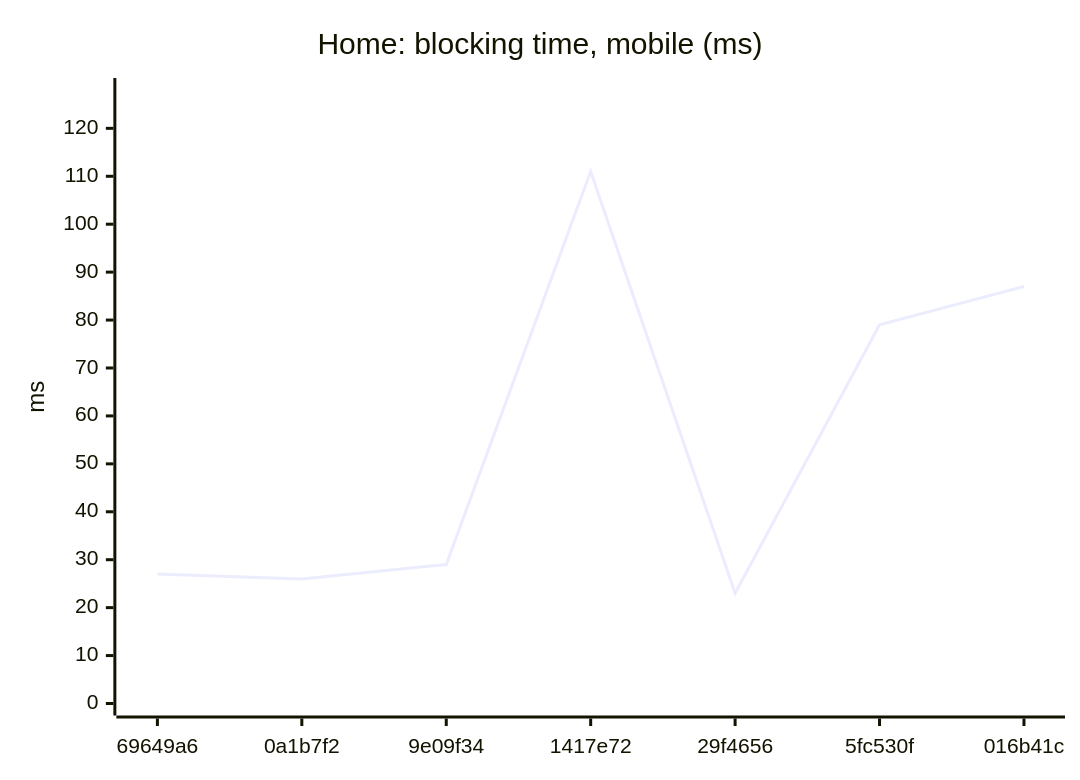
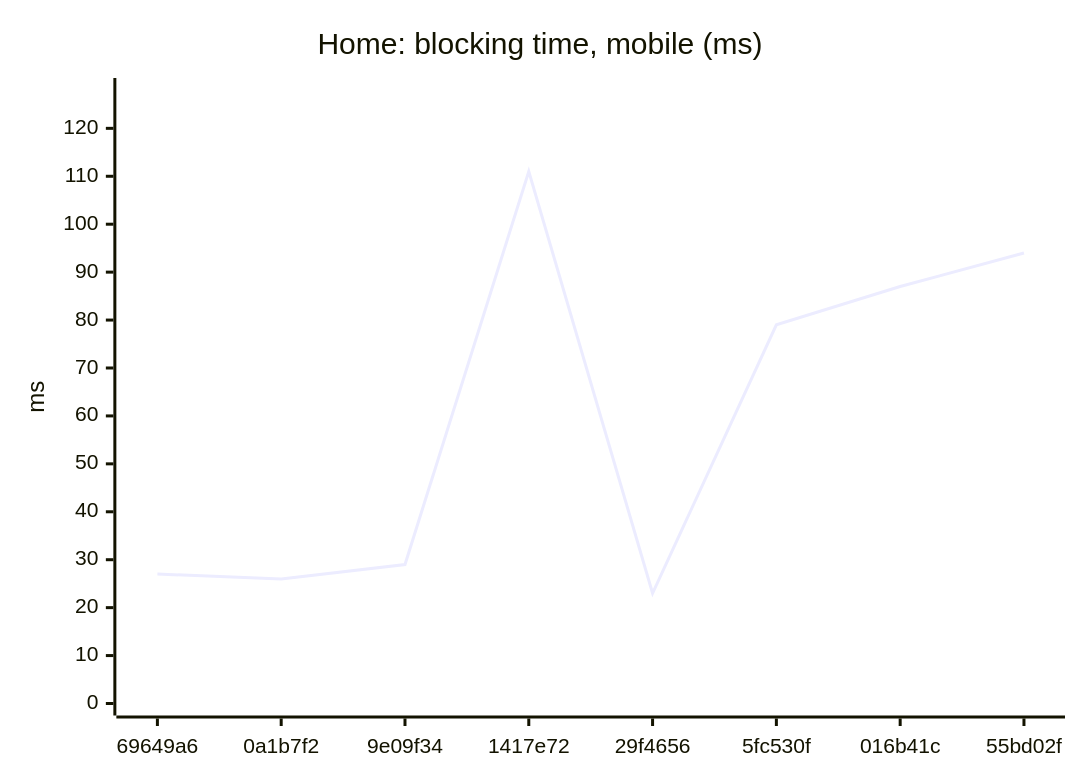
The second of 18 diagrams in README.md (AxelUser/maltsev.space), drawn with Mermaid before and after one commit. The commit also changed other lines of this file and 1 other file, not shown here.

````diff
--- a/README.md
+++ b/README.md
@@ -43,7 +43,7 @@
 ```mermaid
 xychart-beta
   title "Home: blocking time, mobile (ms)"
-  x-axis ["69649a6", "0a1b7f2", "9e09f34", "1417e72", "29f4656", "5fc530f", "016b41c"]
+  x-axis ["69649a6", "0a1b7f2", "9e09f34", "1417e72", "29f4656", "5fc530f", "016b41c", "55bd02f"]
   y-axis "ms" 0 --> 128
-  line [27, 26, 29, 111, 23, 79, 87]
+  line [27, 26, 29, 111, 23, 79, 87, 94]
 ```
````
